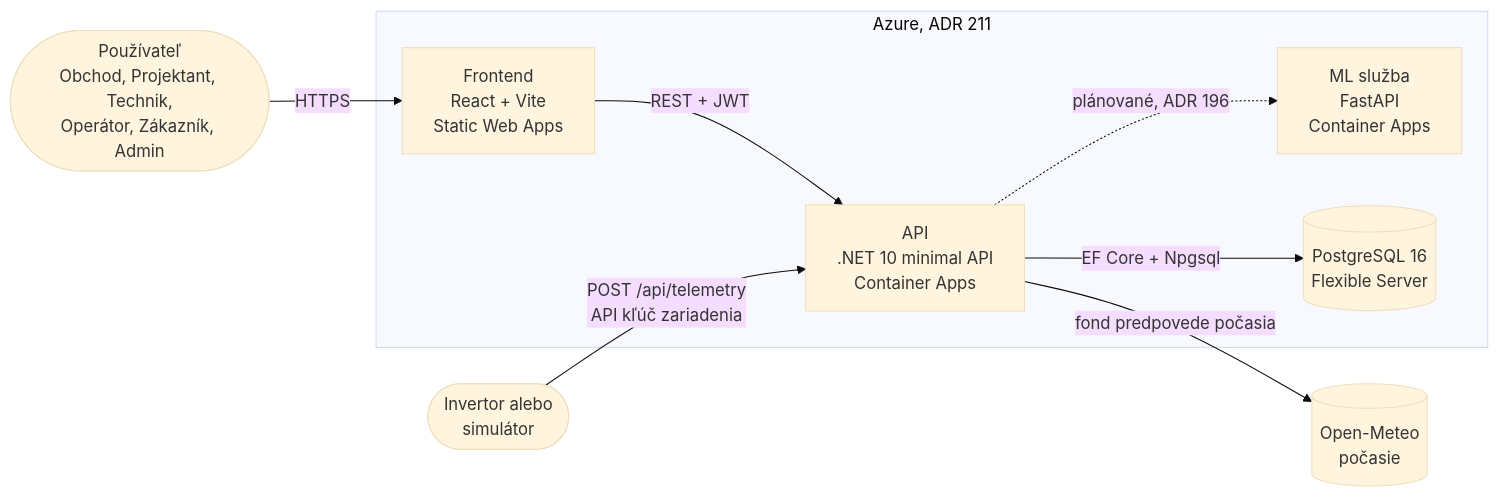
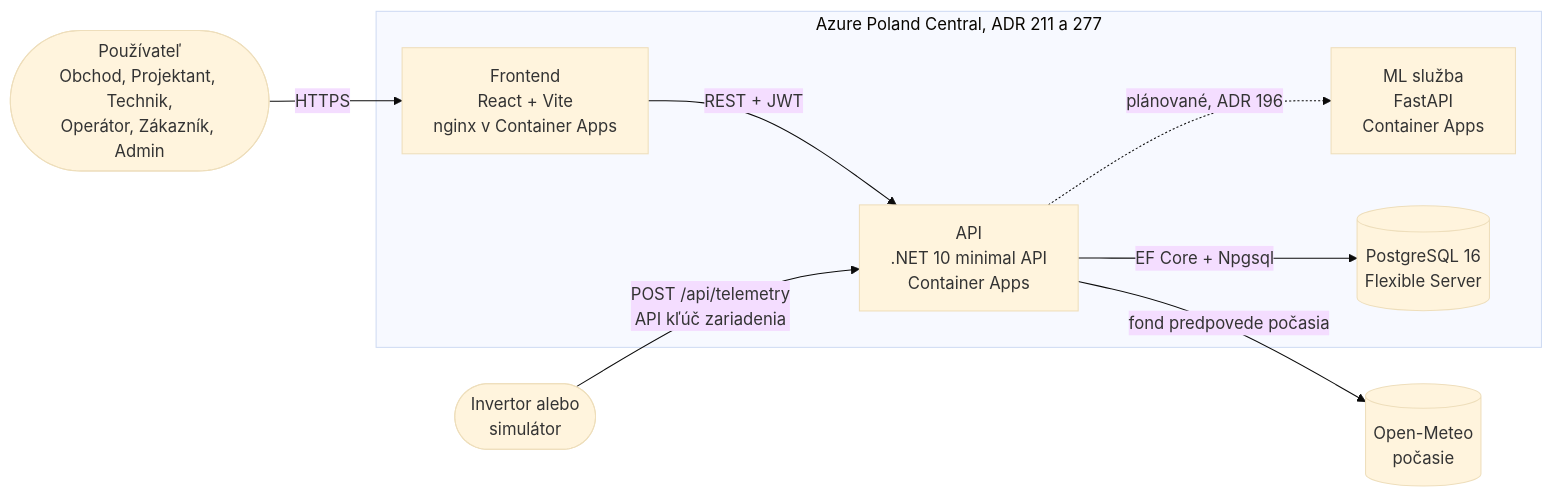
Before and after one commit to takacmichal/AISPU: the first of 2 diagrams in docs/architektura.md, drawn with Mermaid (base theme). The commit also changed other lines of this file and 12 other files, not shown here.

First line of the commit message:
Serve the frontend from an nginx container for Container Apps (#278) (#443)

````diff
--- a/docs/architektura.md
+++ b/docs/architektura.md
@@ -9,21 +9,21 @@
 ```mermaid
 flowchart LR
     user([Používateľ<br/>Obchod, Projektant, Technik,<br/>Operátor, Zákazník, Admin])
     device([Invertor alebo<br/>simulátor])
 
-    subgraph azure[Azure, ADR 211]
-        spa[Frontend<br/>React + Vite<br/>Static Web Apps]
+    subgraph azure[Azure Poland Central, ADR 211 a 277]
+        spa[Frontend<br/>React + Vite<br/>nginx v Container Apps]
         api[API<br/>.NET 10 minimal API<br/>Container Apps]
         ml[ML služba<br/>FastAPI<br/>Container Apps]
         db[(PostgreSQL 16<br/>Flexible Server)]
     end
 
     meteo[(Open-Meteo<br/>počasie)]
 
     user -->|HTTPS| spa
     spa -->|REST + JWT| api
     device -->|POST /api/telemetry<br/>API kľúč zariadenia| api
     api -->|EF Core + Npgsql| db
     api -->|fond predpovede počasia| meteo
     api -.->|plánované, ADR 196| ml
 ```
````
